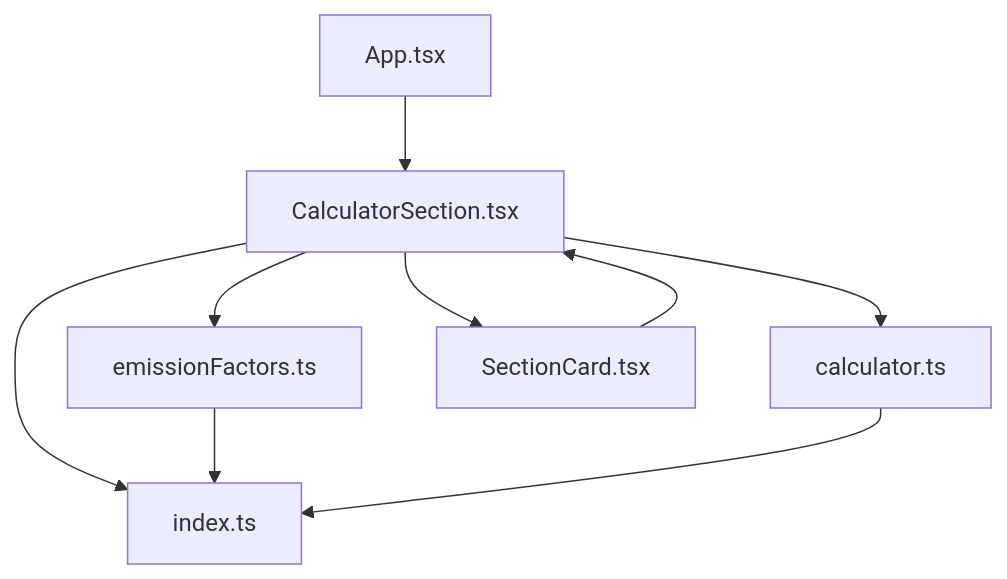
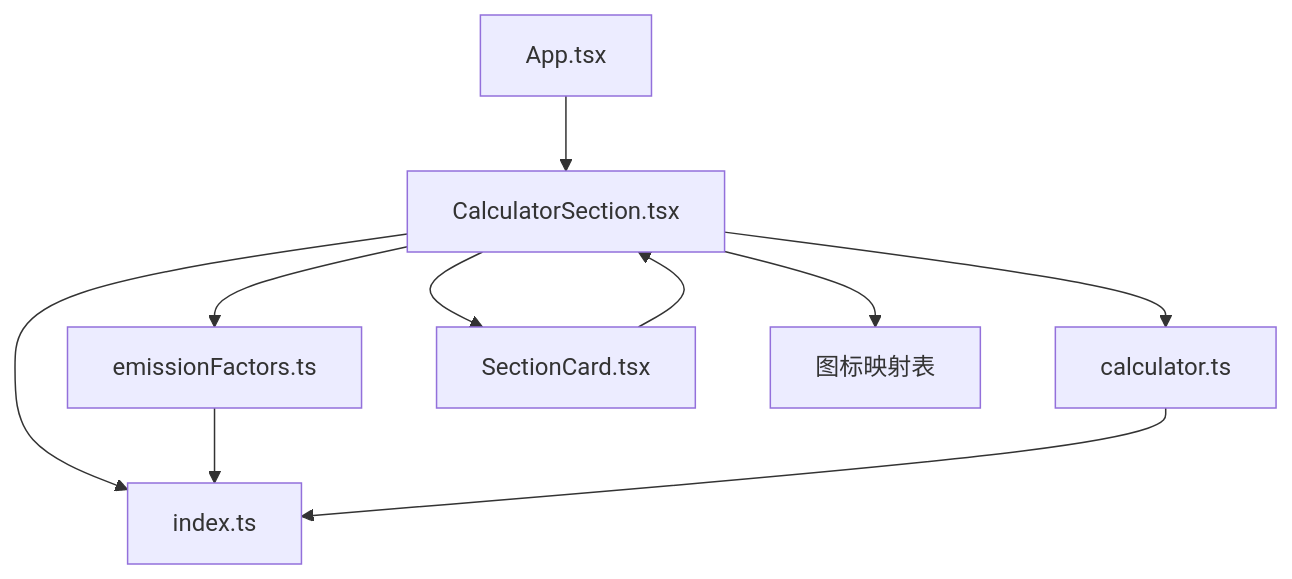
The seventh of 7 diagrams in .qoder/repowiki/zh/content/功能模块/碳计算器模块.md (liangxuanliang-cmd/carbon-info-agent), drawn with Mermaid before and after one commit. The commit also changed other lines of this file and 5 other files, not shown here.

````diff
--- a/.qoder/repowiki/zh/content/功能模块/碳计算器模块.md
+++ b/.qoder/repowiki/zh/content/功能模块/碳计算器模块.md
@@ -281,11 +291,12 @@
 ```mermaid
 graph TD
 CalculatorSection[CalculatorSection.tsx] --> EmissionFactors[emissionFactors.ts]
 CalculatorSection --> CalculatorUtils[calculator.ts]
 CalculatorSection --> TypeDefs[index.ts]
 CalculatorSection --> SectionCard[SectionCard.tsx]
+CalculatorSection --> IconMap[图标映射表]
 EmissionFactors --> TypeDefs
 CalculatorUtils --> TypeDefs
 App[App.tsx] --> CalculatorSection
 SectionCard --> CalculatorSection
 ```
````
